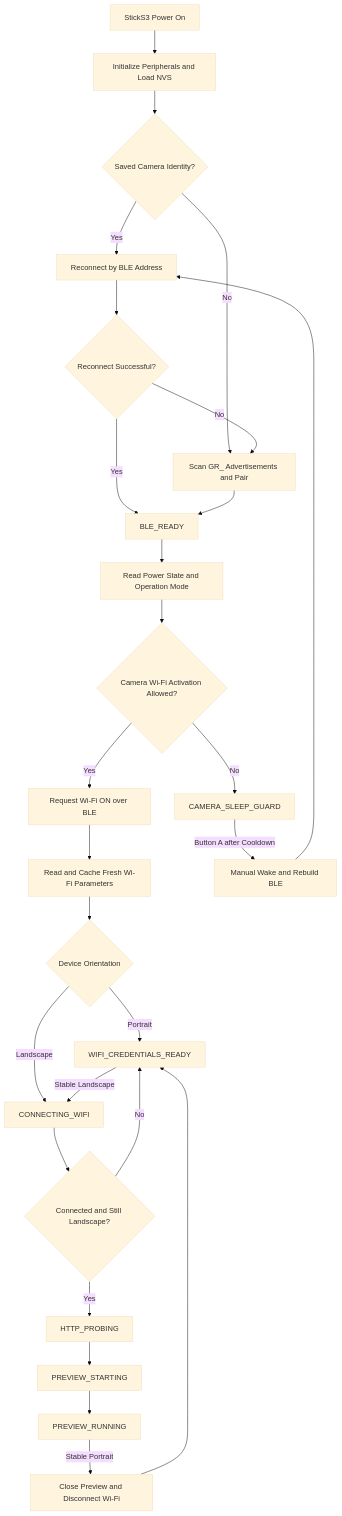
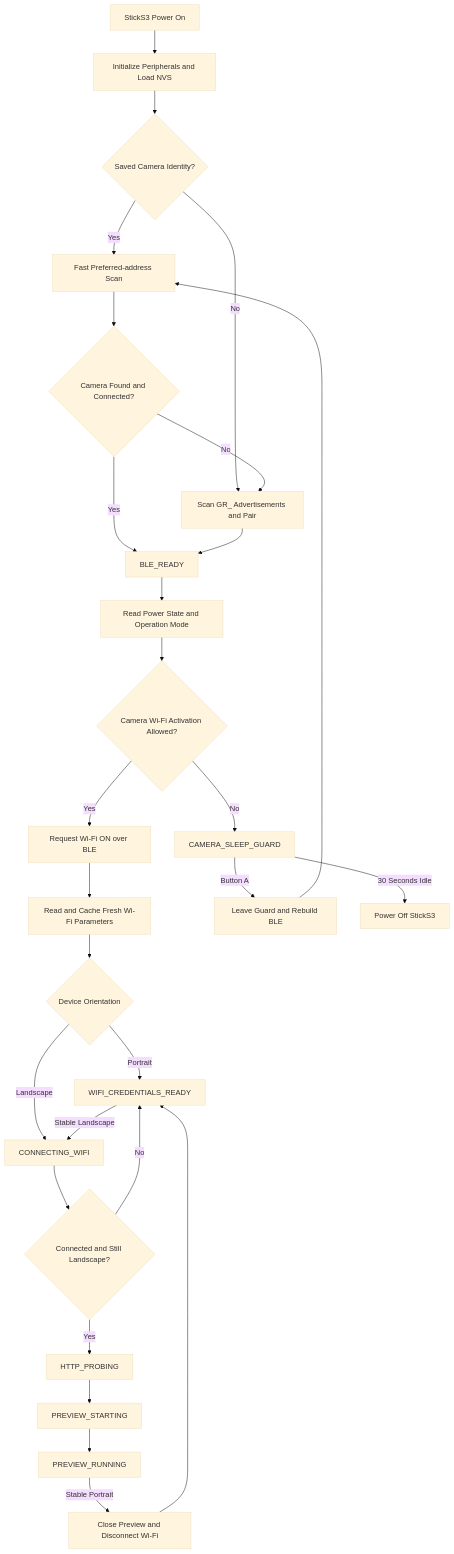
Before and after one commit to sky18Dragon/RICOH-GR-Live-View-Shooting: the diagram in README_EN.md, drawn with Mermaid (base theme). The commit also changed other lines of this file and 1 other file, not shown here.

````diff
--- a/README_EN.md
+++ b/README_EN.md
@@ -129,29 +139,30 @@
 ```mermaid
 flowchart TD
     A[StickS3 Power On] --> B[Initialize Peripherals and Load NVS]
     B --> C{Saved Camera Identity?}
-    C -->|Yes| D[Reconnect by BLE Address]
+    C -->|Yes| D[Fast Preferred-address Scan]
     C -->|No| E[Scan GR_ Advertisements and Pair]
-    D --> F{Reconnect Successful?}
+    D --> F{Camera Found and Connected?}
     F -->|No| E
     F -->|Yes| G[BLE_READY]
     E --> G
     G --> H[Read Power State and Operation Mode]
     H --> I{Camera Wi-Fi Activation Allowed?}
     I -->|No| J[CAMERA_SLEEP_GUARD]
     I -->|Yes| K[Request Wi-Fi ON over BLE]
     K --> L[Read and Cache Fresh Wi-Fi Parameters]
     L --> M{Device Orientation}
     M -->|Portrait| N[WIFI_CREDENTIALS_READY]
     M -->|Landscape| O[CONNECTING_WIFI]
     N -->|Stable Landscape| O
     O --> P{Connected and Still Landscape?}
     P -->|No| N
     P -->|Yes| Q[HTTP_PROBING]
     Q --> R[PREVIEW_STARTING]
     R --> S[PREVIEW_RUNNING]
     S -->|Stable Portrait| T[Close Preview and Disconnect Wi-Fi]
     T --> N
-    J -->|Button A after Cooldown| U[Manual Wake and Rebuild BLE]
+    J -->|Button A| U[Leave Guard and Rebuild BLE]
+    J -->|30 Seconds Idle| V[Power Off StickS3]
     U --> D
 ```
````
